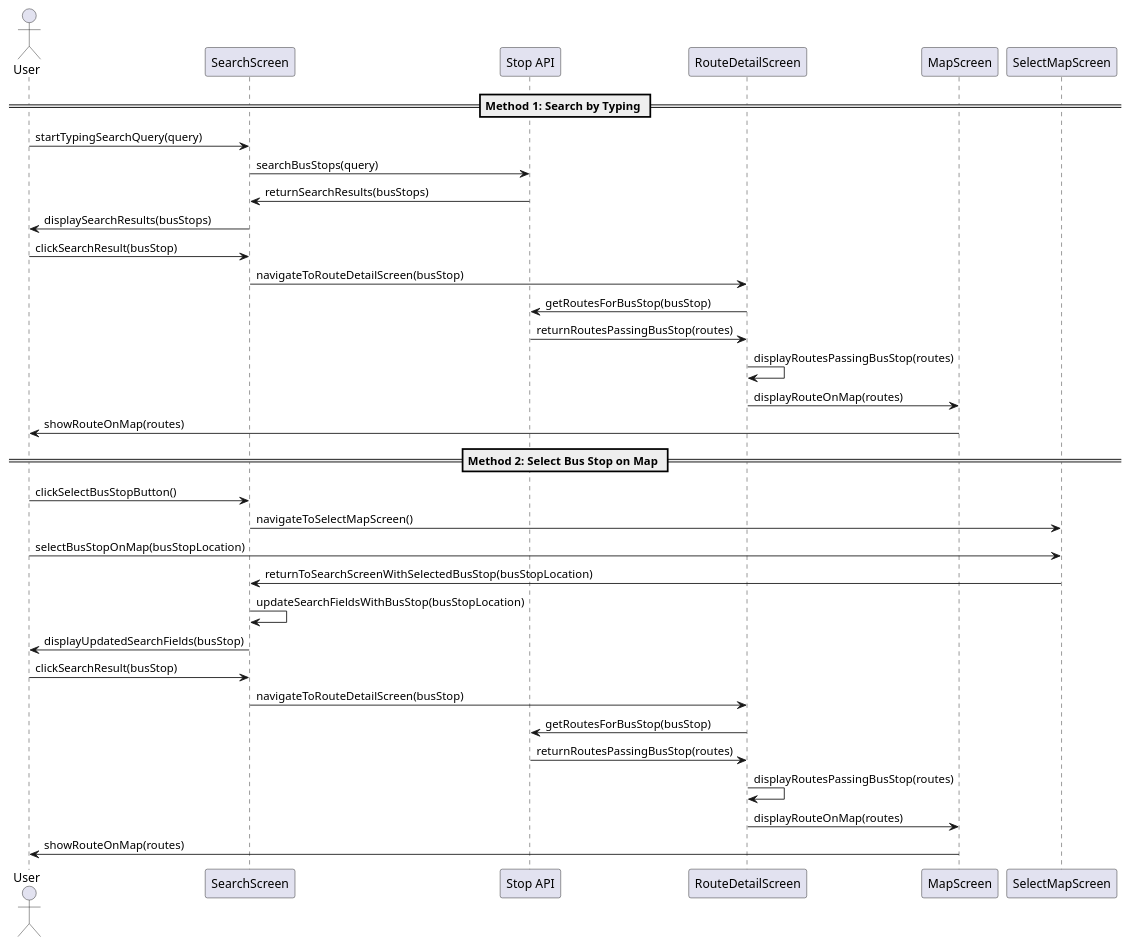
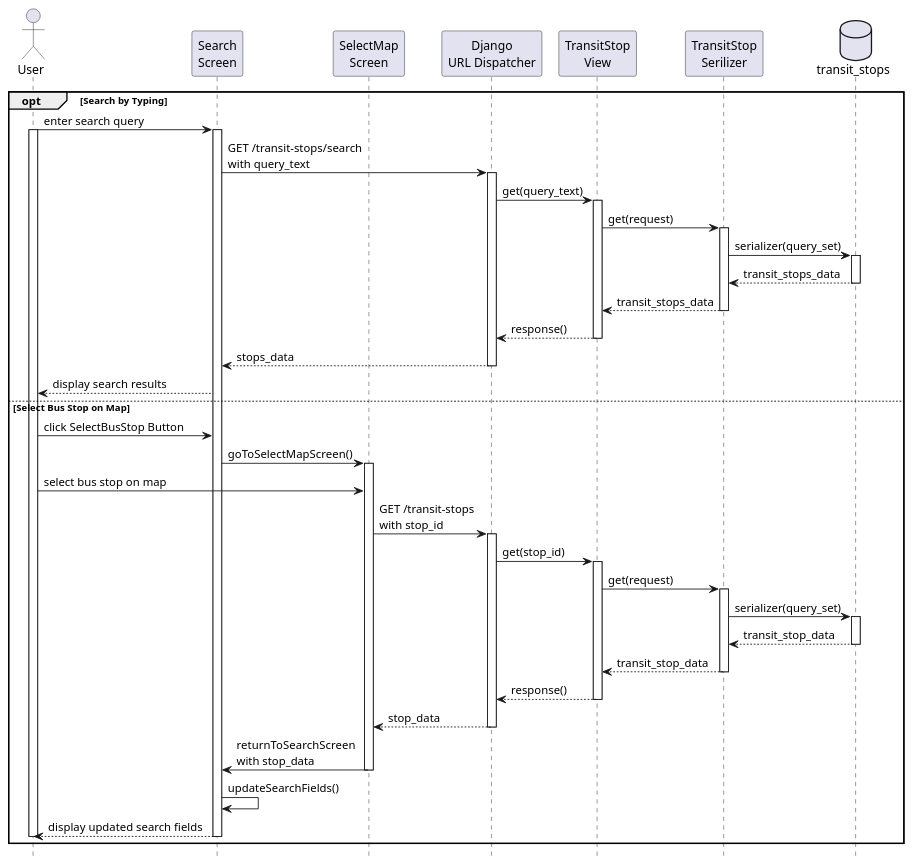
The diagram in search_information/search_passing_stop.puml (KMITL-BusBuddy/diagram), drawn with PlantUML before and after one commit. The commit also changed 11 other files, not shown here.

Commit message:
update last diagram

```diff
--- a/search_information/search_passing_stop.puml
+++ b/search_information/search_passing_stop.puml
@@ -1,39 +1,109 @@
-@startuml
+@startuml search passing lines
+
+hide footbox
 
 actor User
-participant SearchScreen
-participant "Stop API" as StopAPI
-participant "RouteDetailScreen" as RouteDetailScreen
-participant "MapScreen" as RouteMapScreen
 
-== Method 1: Search by Typing ==
-User -> SearchScreen : startTypingSearchQuery(query)
-SearchScreen -> StopAPI : searchBusStops(query)
-StopAPI -> SearchScreen : returnSearchResults(busStops)
-SearchScreen -> User : displaySearchResults(busStops)
+participant "Search\nScreen" as SearchScreen
+participant "SelectMap\nScreen" as SelectMapScreen
+' participant "RouteDetail\nScreen" as RouteDetailScreen
+' participant "Map\nScreen" as RouteMapScreen
 
-User -> SearchScreen : clickSearchResult(busStop)
-SearchScreen -> RouteDetailScreen : navigateToRouteDetailScreen(busStop)
-RouteDetailScreen -> StopAPI : getRoutesForBusStop(busStop)
-StopAPI -> RouteDetailScreen : returnRoutesPassingBusStop(routes)
-RouteDetailScreen -> RouteDetailScreen : displayRoutesPassingBusStop(routes)
-RouteDetailScreen -> RouteMapScreen : displayRouteOnMap(routes)
-RouteMapScreen -> User : showRouteOnMap(routes)
 
-== Method 2: Select Bus Stop on Map ==
-User -> SearchScreen : clickSelectBusStopButton()
-SearchScreen -> SelectMapScreen : navigateToSelectMapScreen()
-User -> SelectMapScreen : selectBusStopOnMap(busStopLocation)
-SelectMapScreen -> SearchScreen : returnToSearchScreenWithSelectedBusStop(busStopLocation)
-SearchScreen -> SearchScreen : updateSearchFieldsWithBusStop(busStopLocation)
-SearchScreen -> User : displayUpdatedSearchFields(busStop)
+participant "Django\nURL Dispatcher" as API
+participant "TransitStop\nView" as view
+participant "TransitStop\nSerilizer" as serializer
+database "transit_stops" as table_stop
 
-User -> SearchScreen : clickSearchResult(busStop)
-SearchScreen -> RouteDetailScreen : navigateToRouteDetailScreen(busStop)
-RouteDetailScreen -> StopAPI : getRoutesForBusStop(busStop)
-StopAPI -> RouteDetailScreen : returnRoutesPassingBusStop(routes)
-RouteDetailScreen -> RouteDetailScreen : displayRoutesPassingBusStop(routes)
-RouteDetailScreen -> RouteMapScreen : displayRouteOnMap(routes)
-RouteMapScreen -> User : showRouteOnMap(routes)
+' Do same as search_stop_information.puml
+
+' User -> SearchScreen : startTypingSearchQuery(query)
+' SearchScreen -> API : searchBusStops(query)
+' API -> SearchScreen : returnSearchResults(busStops)
+' SearchScreen -> User : displaySearchResults(busStops)
+
+' User -> SearchScreen : clickSearchResult(busStop)
+' SearchScreen -> RouteDetailScreen : navigateToRouteDetailScreen(busStop)
+' RouteDetailScreen -> API : getRoutesForBusStop(busStop)
+' API -> RouteDetailScreen : returnRoutesPassingBusStop(routes)
+' RouteDetailScreen -> RouteDetailScreen : displayRoutesPassingBusStop(routes)
+' RouteDetailScreen -> RouteMapScreen : displayRouteOnMap(routes)
+' RouteMapScreen -> User : showRouteOnMap(routes)
+
+' == Method 2: Select Bus Stop on Map ==
+' User -> SearchScreen : clickSelectBusStopButton()
+' SearchScreen -> SelectMapScreen : navigateToSelectMapScreen()
+' User -> SelectMapScreen : selectBusStopOnMap(busStopLocation)
+' SelectMapScreen -> SearchScreen : returnToSearchScreenWithSelectedBusStop(busStopLocation)
+' SearchScreen -> SearchScreen : updateSearchFieldsWithBusStop(busStopLocation)
+' SearchScreen -> User : displayUpdatedSearchFields(busStop)
+
+opt Search by Typing
+    User -> SearchScreen : enter search query
+    activate User
+    activate SearchScreen
+    SearchScreen -> API : GET /transit-stops/search \nwith query_text
+    activate API
+
+    ' API Call
+    API -> view: get(query_text)
+    activate view
+    view -> serializer: get(request)
+    activate serializer
+    serializer -> table_stop: serializer(query_set)
+    activate table_stop
+    table_stop --> serializer: transit_stops_data
+    deactivate table_stop
+    serializer --> view: transit_stops_data
+    deactivate serializer
+    view --> API: response()
+    deactivate view
+    
+    ' Display Search Results
+    API --> SearchScreen : stops_data
+    deactivate API
+    SearchScreen --> User : display search results
+
+else Select Bus Stop on Map
+    User -> SearchScreen : click SelectBusStop Button
+    SearchScreen -> SelectMapScreen : goToSelectMapScreen()
+    activate SelectMapScreen
+
+    ' Select Bus Stop on Map
+    User -> SelectMapScreen : select bus stop on map
+    SelectMapScreen -> API : GET /transit-stops \nwith stop_id
+    activate API
+    API -> view: get(stop_id)
+    activate view
+    view -> serializer: get(request)
+    activate serializer
+    serializer -> table_stop: serializer(query_set)
+    activate table_stop
+    table_stop --> serializer: transit_stop_data
+    deactivate table_stop
+    serializer --> view: transit_stop_data
+    deactivate serializer
+    view --> API: response()
+    deactivate view
+
+    ' Display Bus Stop on Map
+    API --> SelectMapScreen: stop_data
+    deactivate API
+    SelectMapScreen -> SearchScreen : returnToSearchScreen \nwith stop_data
+    deactivate SelectMapScreen
+    SearchScreen -> SearchScreen : updateSearchFields()
+    SearchScreen --> User : display updated search fields
+    deactivate SearchScreen
+    deactivate User
+end
+
+' divide to 
+' User -> SearchScreen : clickSearchResult(busStop)
+' SearchScreen -> RouteDetailScreen : navigateToRouteDetailScreen(busStop)
+' RouteDetailScreen -> API : getRoutesForBusStop(busStop)
+' API -> RouteDetailScreen : returnRoutesPassingBusStop(routes)
+' RouteDetailScreen -> RouteDetailScreen : displayRoutesPassingBusStop(routes)
+' RouteDetailScreen -> RouteMapScreen : displayRouteOnMap(routes)
+' RouteMapScreen -> User : showRouteOnMap(routes)
 
 @enduml
```
